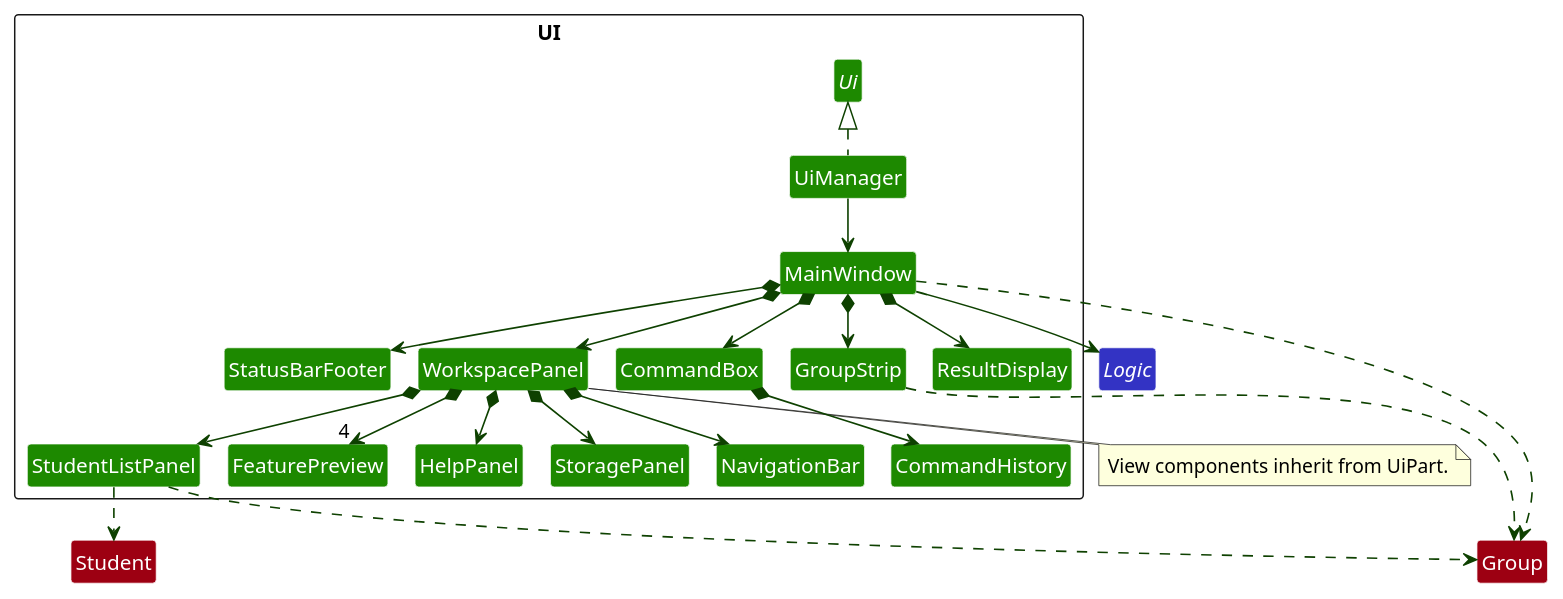
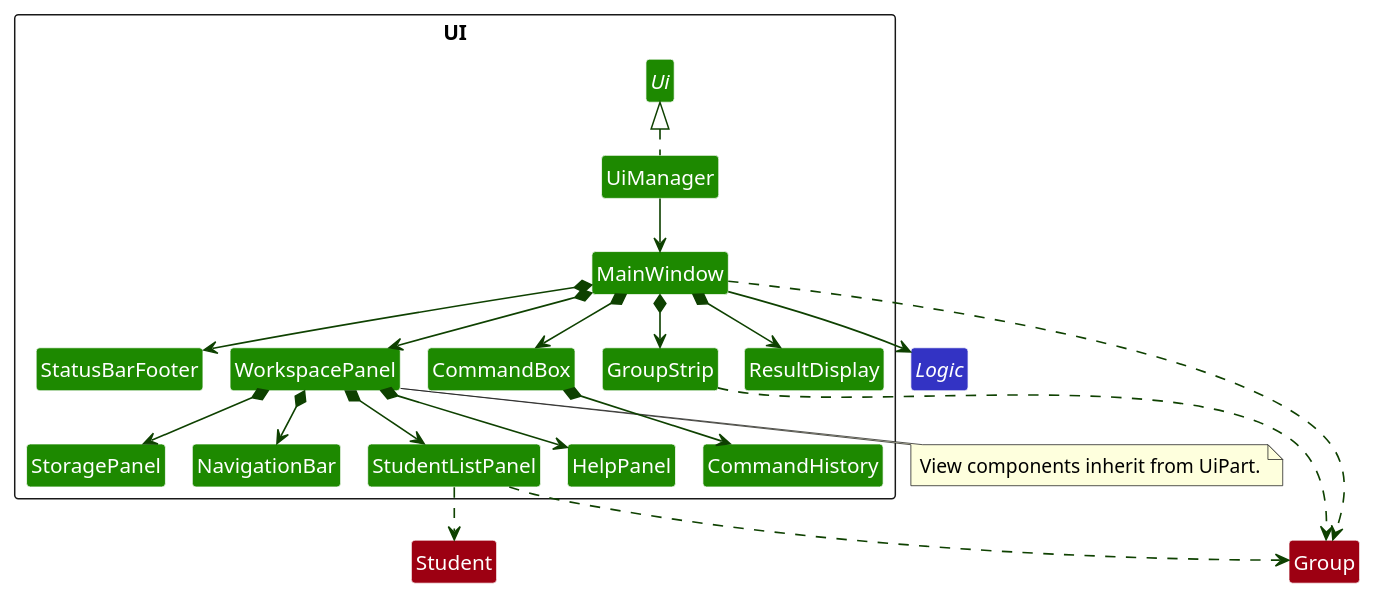
One commit to AY2627S1-CS2103T-T12-4/tp changed the diagram in docs/diagrams/UiClassDiagram.puml. Above: the diagram before and after it, drawn with PlantUML. The commit also changed 3 other files, not shown here.

```diff
--- a/docs/diagrams/UiClassDiagram.puml
+++ b/docs/diagrams/UiClassDiagram.puml
@@ -1,57 +1,55 @@
 @startuml
 !pragma layout smetana
 skinparam shadowing false
 skinparam packageStyle rectangle
 skinparam classBackgroundColor #1D8900
 skinparam classFontColor white
 skinparam classBorderColor white
 skinparam packageBackgroundColor white
 hide members
 hide circle
 skinparam arrowThickness 1.1
 skinparam arrowColor #0E4100
 
 package UI <<Rectangle>> {
 interface Ui
 class UiManager
 class MainWindow
 class GroupStrip
 class NavigationBar
 class WorkspacePanel
 class CommandBox
 class CommandHistory
 class ResultDisplay
 class StatusBarFooter
 class StudentListPanel
-class FeaturePreview
 class HelpPanel
 class StoragePanel
 }
 
 UiManager .up.|> Ui
 UiManager --> MainWindow
 MainWindow *--> CommandBox
 CommandBox *--> CommandHistory
 MainWindow *--> ResultDisplay
 MainWindow *--> StatusBarFooter
 MainWindow *--> GroupStrip
 MainWindow *--> WorkspacePanel
 WorkspacePanel *--> NavigationBar
 WorkspacePanel *--> StudentListPanel
-WorkspacePanel *--> "4" FeaturePreview
 WorkspacePanel *--> HelpPanel
 WorkspacePanel *--> StoragePanel
 
 note bottom of WorkspacePanel
 View components inherit from UiPart.
 end note
 
 interface Logic #3333C4
 class Group #9D0012
 class Student #9D0012
 MainWindow --> Logic
 MainWindow ..> Group
 StudentListPanel ..> Group
 GroupStrip ..> Group
 StudentListPanel ..> Student
 @enduml
```
